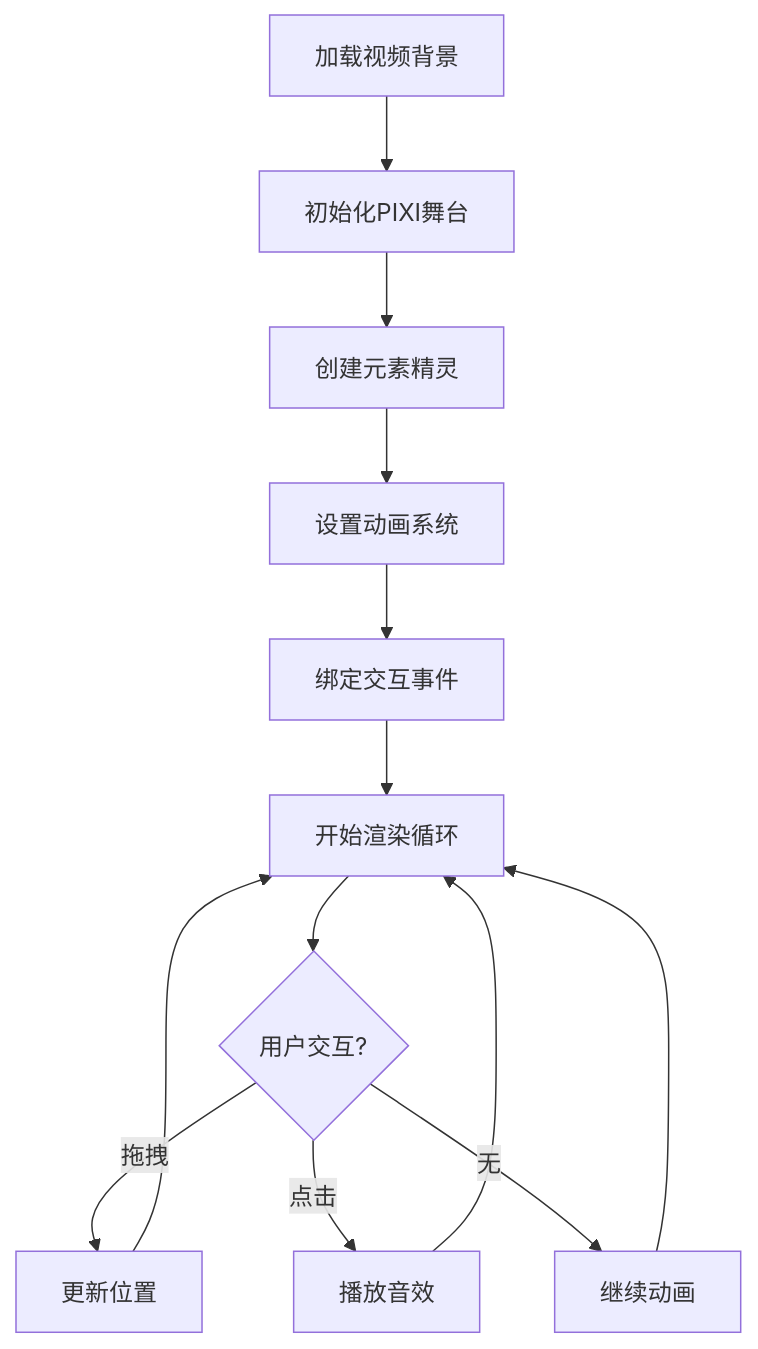
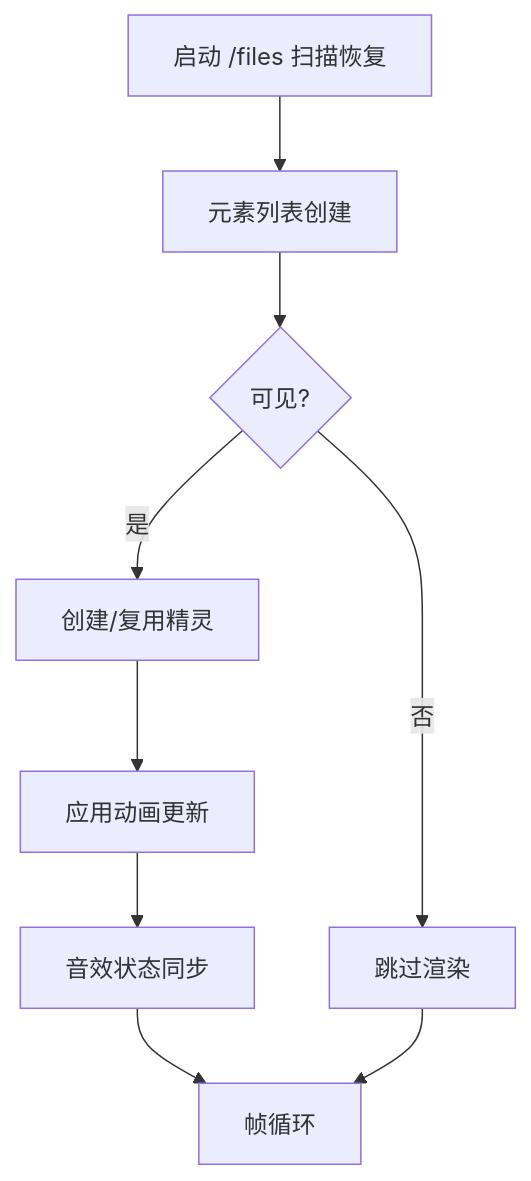
Before and after one commit to jelly2187/interactive_forest: the second of 2 diagrams in docs/PROJECT_ARCHITECTURE.md, drawn with Mermaid. The commit also changed other lines of this file and 14 other files, not shown here.

Commit message:
修复了后端图像分割与前端摄像头相关功能 1.  修复了上传第二张图像分割出错的情况 2.  优化了处理逻辑与算法性能，摄像头拍摄速度大幅提高 3. 优化了本地文件系统保存相关功能 4. 完善了README.md 5. 为舞台大屏添加了背景音乐

````diff
--- a/docs/PROJECT_ARCHITECTURE.md
+++ b/docs/PROJECT_ARCHITECTURE.md
@@ -123,17 +121,11 @@
 ```mermaid
 flowchart TD
-    A[加载视频背景] --> B[初始化PIXI舞台]
-    B --> C[创建元素精灵]
-    C --> D[设置动画系统]
-    D --> E[绑定交互事件]
-    E --> F[开始渲染循环]
-    
-    F --> G{用户交互?}
-    G -->|拖拽| H[更新位置]
-    G -->|点击| I[播放音效]
-    G -->|无| J[继续动画]
-    
-    H --> F
-    I --> F
-    J --> F
+    A[启动 /files 扫描恢复] --> B[元素列表创建]
+    B --> C{可见?}
+    C -->|是| D[创建/复用精灵]
+    C -->|否| E[跳过渲染]
+    D --> F[应用动画更新]
+    F --> G[音效状态同步]
+    G --> H[帧循环]
+    E --> H
 ```
````
